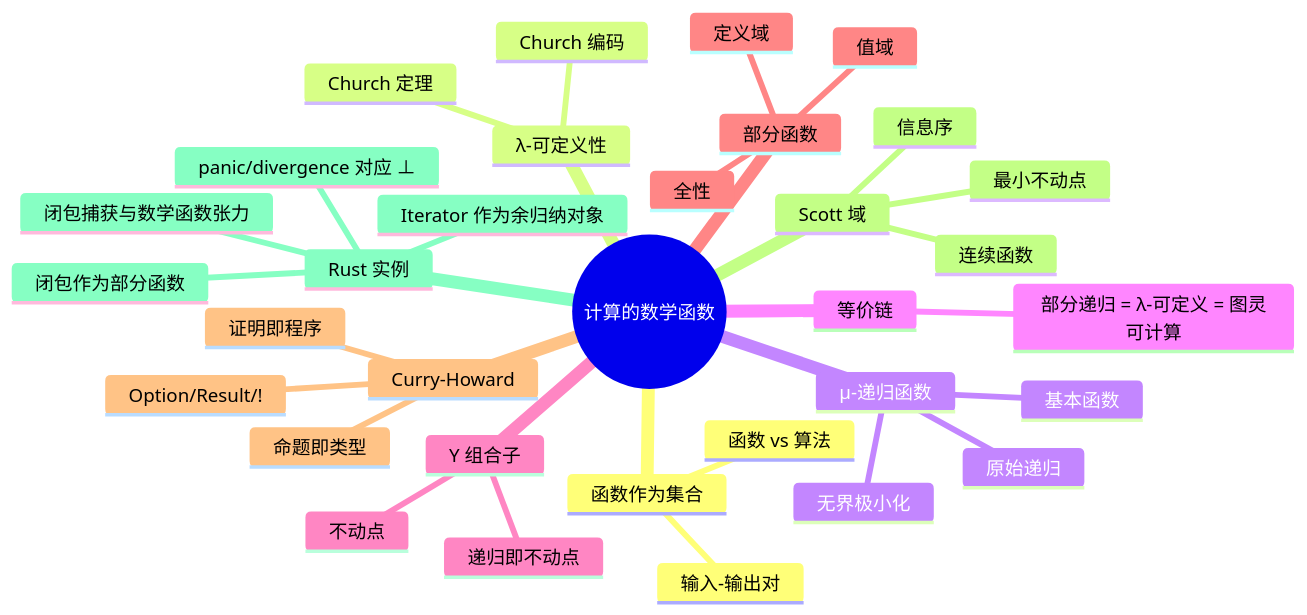
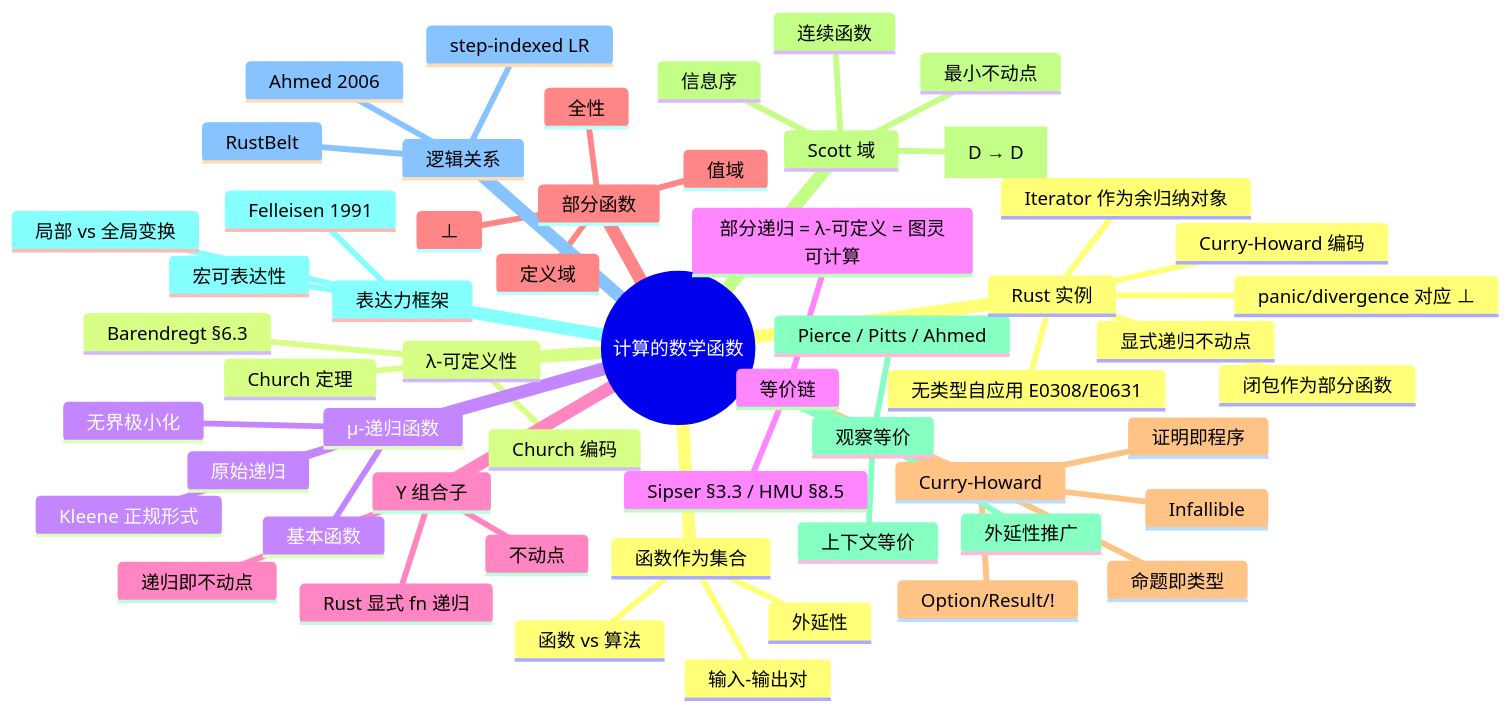
Before and after one commit to martin-ly/rust-lang: the diagram in concept/04_formal/11_computational_models/04_mathematical_functions_of_computation.md, drawn with Mermaid. The commit also changed other lines of this file and 43 other files, not shown here.

````diff
--- a/concept/04_formal/11_computational_models/04_mathematical_functions_of_computation.md
+++ b/concept/04_formal/11_computational_models/04_mathematical_functions_of_computation.md
@@ -479,36 +760,58 @@
 ```mermaid
 mindmap
   root((计算的数学函数))
     函数作为集合
       输入-输出对
       函数 vs 算法
+      外延性
     λ-可定义性
       Church 定理
       Church 编码
+      Barendregt §6.3
     μ-递归函数
       基本函数
       原始递归
       无界极小化
+      Kleene 正规形式
     等价链
       部分递归 = λ-可定义 = 图灵可计算
+      Sipser §3.3 / HMU §8.5
     Y 组合子
       不动点
       递归即不动点
+      Rust 显式 fn 递归
     部分函数
       定义域
       值域
       全性
+      ⊥
     Curry-Howard
       命题即类型
       证明即程序
       Option/Result/!
+      Infallible
     Scott 域
       信息序
       连续函数
       最小不动点
+      D ≅ [D → D]
+    观察等价
+      外延性推广
+      上下文等价
+      Pierce / Pitts / Ahmed
+    表达力框架
+      Felleisen 1991
+      局部 vs 全局变换
+      宏可表达性
+    逻辑关系
+      step-indexed LR
+      Ahmed 2006
+      RustBelt
     Rust 实例
       闭包作为部分函数
       panic/divergence 对应 ⊥
       Iterator 作为余归纳对象
-      闭包捕获与数学函数张力
+      显式递归不动点
+      无类型自应用 E0308/E0631
+      Curry-Howard 编码
 ```
````
